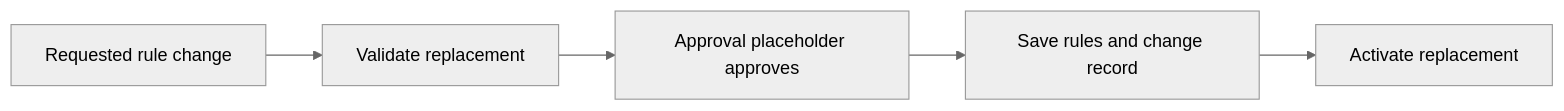
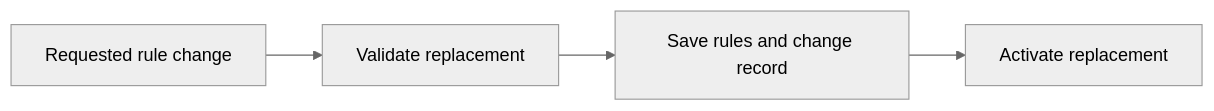
Before and after one commit to chughtapan/moltzap-staging: the second of 2 diagrams in src/firewall/README.md, drawn with Mermaid (neutral theme). The commit also changed other lines of this file and 4 other files, not shown here.

````diff
--- a/src/firewall/README.md
+++ b/src/firewall/README.md
@@ -37,7 +37,6 @@
 ```mermaid
 flowchart LR
   A[Requested rule change] --> B[Validate replacement]
-  B --> C[Approval placeholder approves]
-  C --> D[Save rules and change record]
+  B --> D[Save rules and change record]
   D --> E[Activate replacement]
 ```
````
